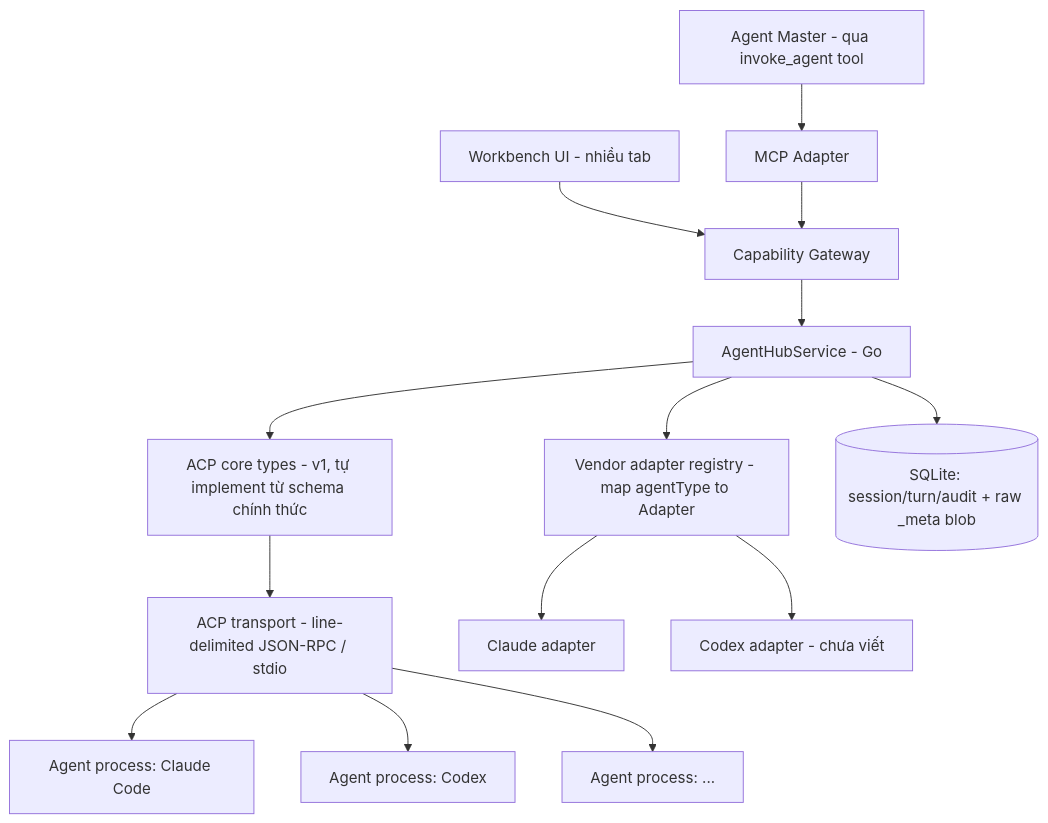
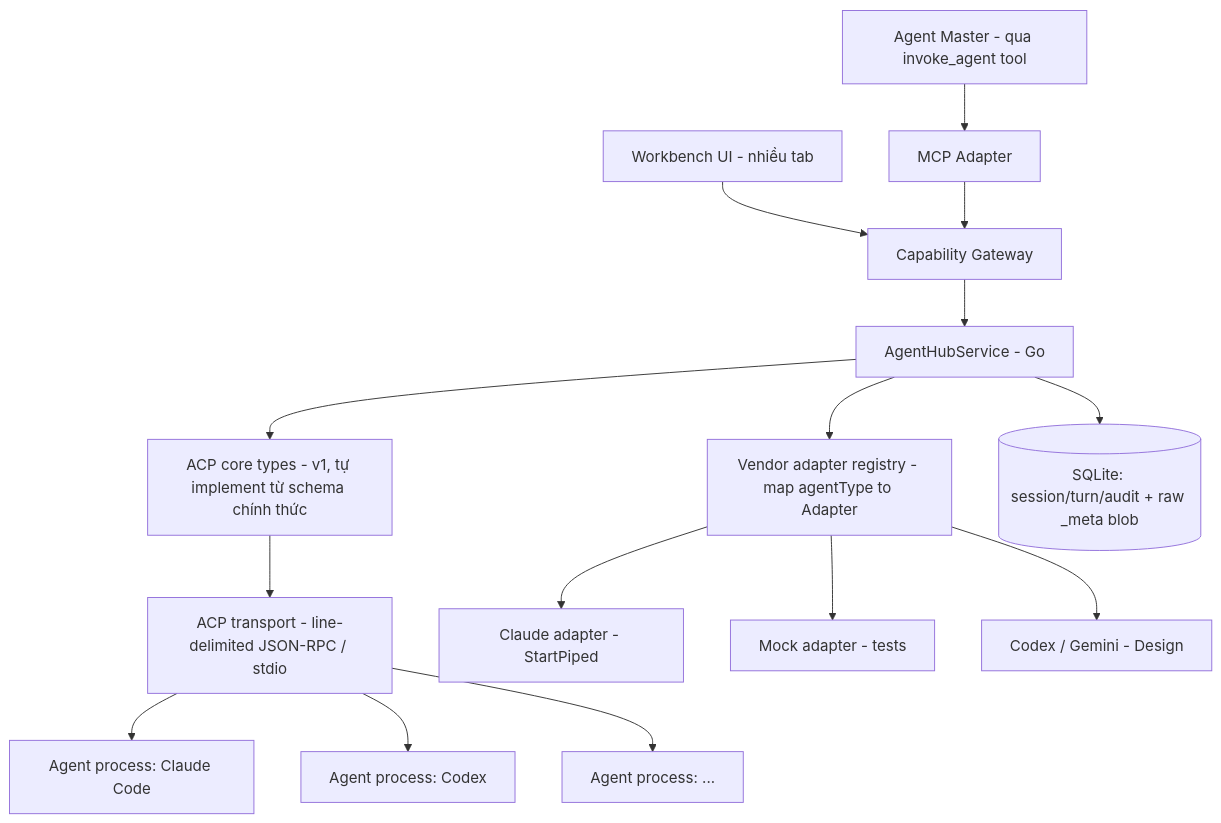
Before and after one commit to syurodev/base: the first of 3 diagrams in content/projects/dev-kit/agent-hub.mdx, drawn with Mermaid. The commit also changed other lines of this file and 3 other files, not shown here.

First line of the commit message:
docs(dev-kit): Agent Hub Partial v1 + sandbox StartPiped

````diff
--- a/content/projects/dev-kit/agent-hub.mdx
+++ b/content/projects/dev-kit/agent-hub.mdx
@@ -22,15 +26,16 @@
 ```mermaid
 flowchart TD
   UI[Workbench UI - nhiều tab] --> GW[Capability Gateway]
   MASTER[Agent Master - qua invoke_agent tool] --> MCP[MCP Adapter] --> GW
   GW --> SVC[AgentHubService - Go]
   SVC --> CORE[ACP core types - v1, tự implement từ schema chính thức]
   CORE --> XPORT["ACP transport - line-delimited JSON-RPC / stdio"]
   XPORT --> P1["Agent process: Claude Code"]
   XPORT --> P2["Agent process: Codex"]
   XPORT --> PN["Agent process: ..."]
   SVC --> REG["Vendor adapter registry - map agentType to Adapter"]
-  REG --> A1[Claude adapter]
-  REG --> A2[Codex adapter - chưa viết]
+  REG --> A1[Claude adapter - StartPiped]
+  REG --> A2[Mock adapter - tests]
+  REG --> A3[Codex / Gemini - Design]
   SVC --> DB[(SQLite: session/turn/audit + raw _meta blob)]
 ```
````
